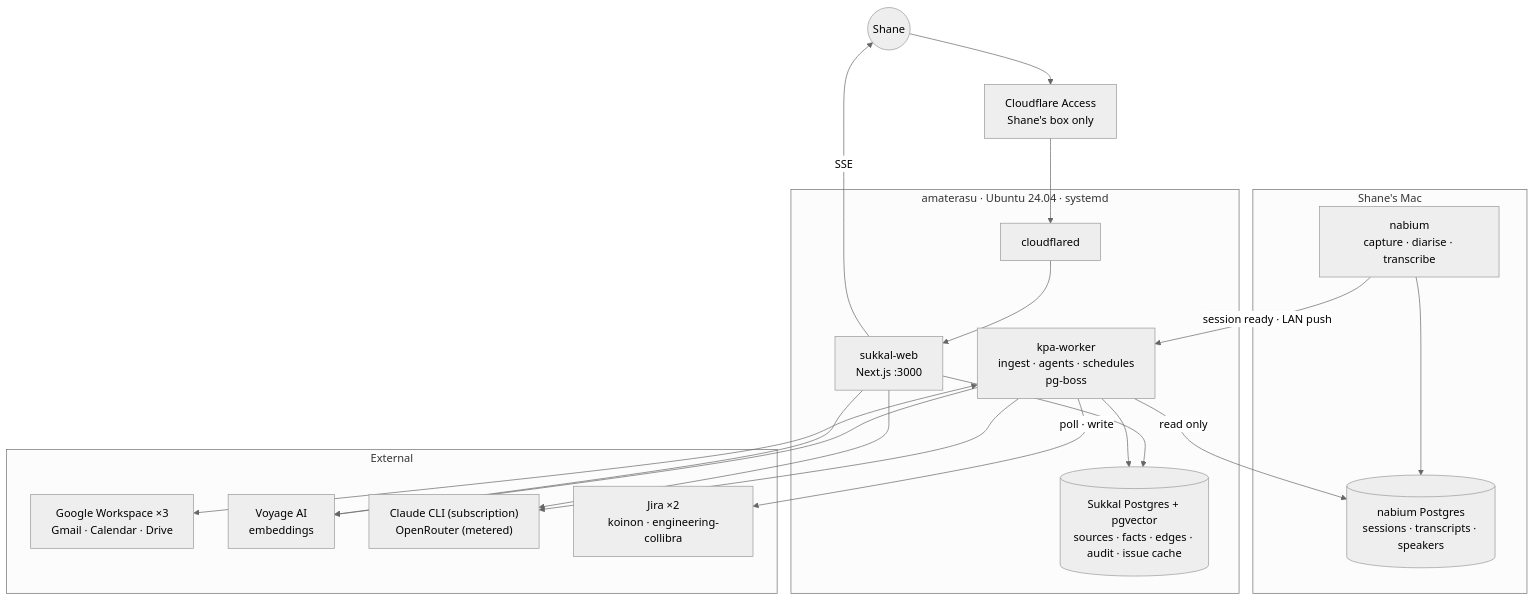
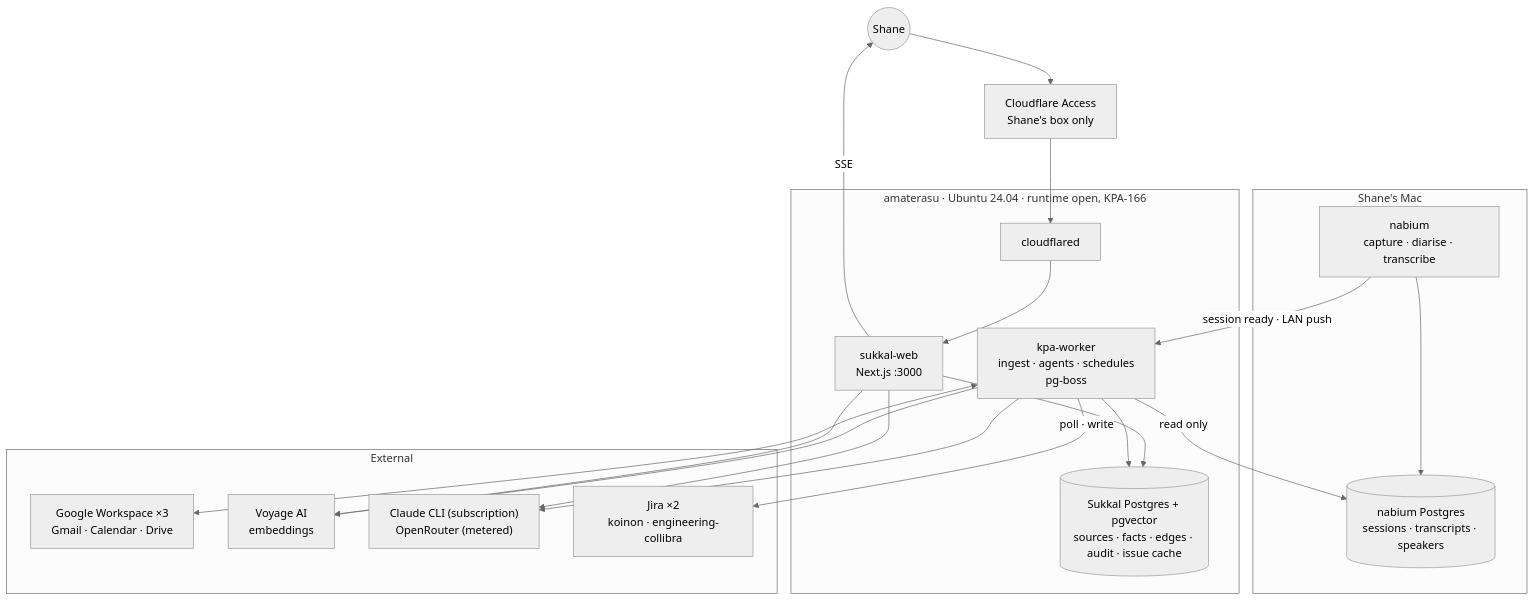
Before and after one commit to shanedolley/sukkal: the first of 6 diagrams in docs/project-brief.md, drawn with Mermaid (neutral theme). The commit also changed other lines of this file and 8 other files, not shown here.

````diff
--- a/docs/project-brief.md
+++ b/docs/project-brief.md
@@ -518,40 +518,40 @@
 ```mermaid
 flowchart TB
   shane(("Shane"))
 
   subgraph mac["Shane's Mac"]
     nab["nabium<br/>capture · diarise · transcribe"]
     nabpg[("nabium Postgres<br/>sessions · transcripts · speakers")]
     nab --> nabpg
   end
 
-  subgraph ama["amaterasu · Ubuntu 24.04 · systemd"]
+  subgraph ama["amaterasu · Ubuntu 24.04 · runtime open, KPA-166"]
     cfd["cloudflared"]
     web["sukkal-web<br/>Next.js :3000"]
     worker["kpa-worker<br/>ingest · agents · schedules<br/>pg-boss"]
     pg[("Sukkal Postgres + pgvector<br/>sources · facts · edges · audit · issue cache")]
     cfd --> web
     web --> pg
     worker --> pg
   end
 
   subgraph ext["External"]
     goog["Google Workspace ×3<br/>Gmail · Calendar · Drive"]
     voy["Voyage AI<br/>embeddings"]
     llm["Claude CLI (subscription)<br/>OpenRouter (metered)"]
     jira["Jira ×2<br/>koinon · engineering-collibra"]
   end
 
   cf["Cloudflare Access<br/>Shane's box only"]
   shane --> cf --> cfd
 
   nab -- "session ready · LAN push" --> worker
   worker -- "read only" --> nabpg
   worker <--> goog
   worker --> voy
   worker --> llm
   worker -- "poll · write" --> jira
   web -- "SSE" --> shane
   web --> llm
   web --> voy
 ```
````
